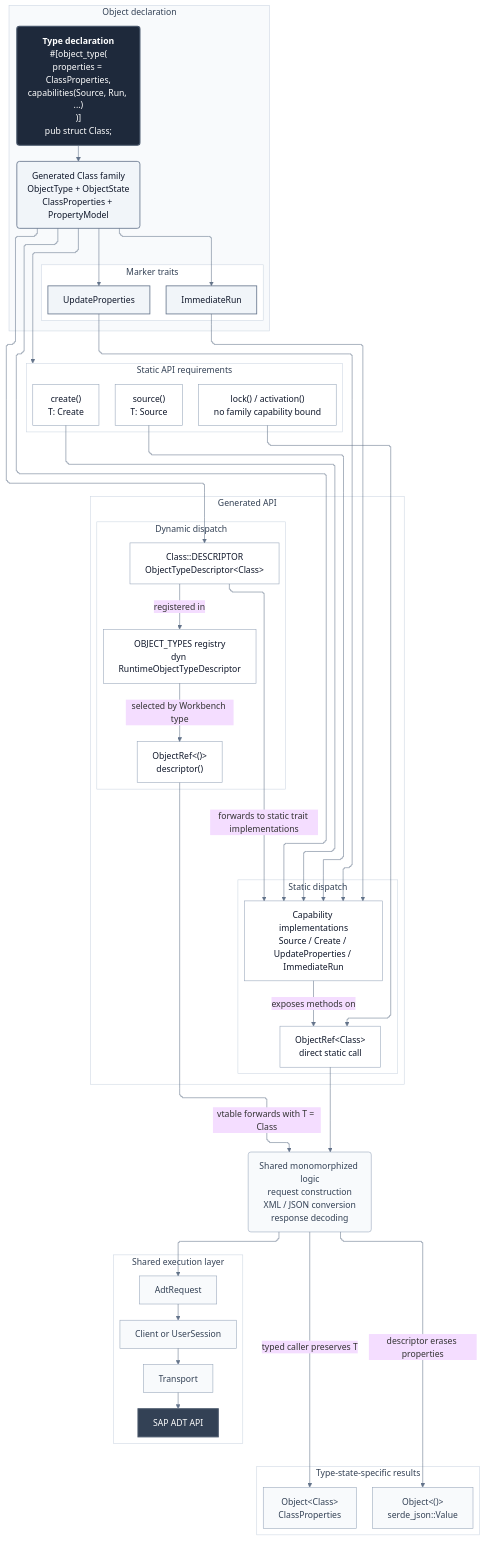
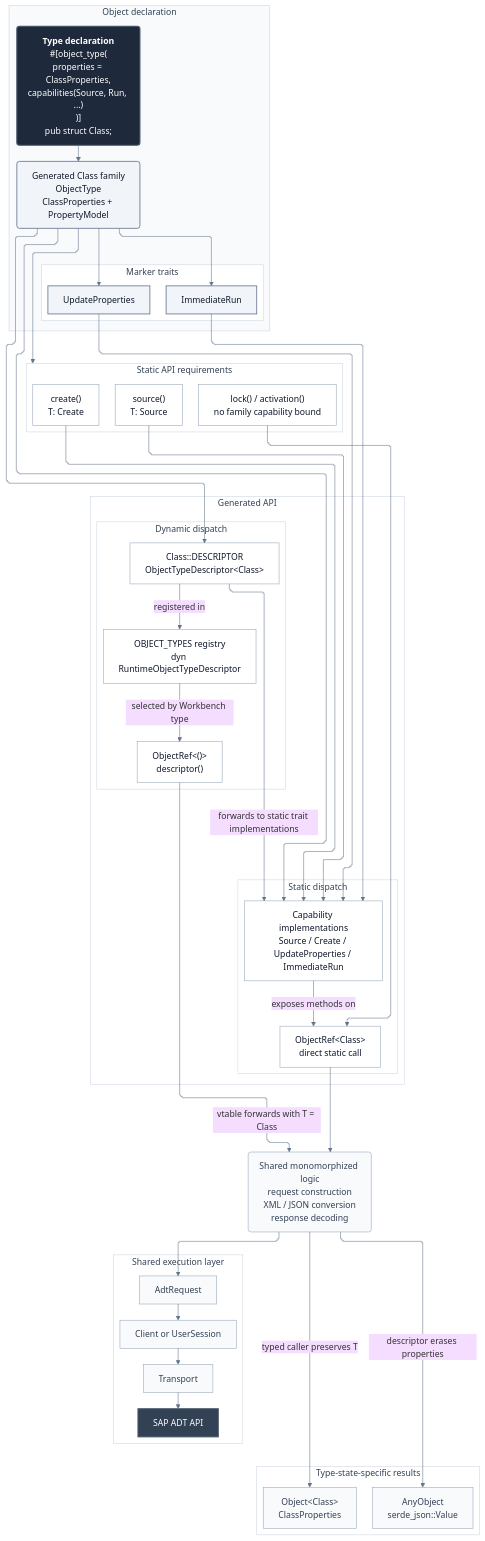
The diagram in crates/zadt/README.md (kennyhml/ziege), drawn with Mermaid before and after one commit. The commit also changed other lines of this file and 20 other files, not shown here.

```diff
--- a/crates/zadt/README.md
+++ b/crates/zadt/README.md
@@ -61,7 +61,7 @@
     subgraph DEFINITION["Object declaration"]
         direction TB
         DECLARATION["<strong>Type declaration</strong><br>#[object_type(<br>properties = ClassProperties,<br>capabilities(Source, Run, ...)<br>)]<br>pub struct Class;"]
-        FAMILY["Generated Class family<br>ObjectType + ObjectState<br>ClassProperties + PropertyModel"]
+        FAMILY["Generated Class family<br>ObjectType<br>ClassProperties + PropertyModel"]
 
         subgraph MARKERS["Marker traits"]
             direction LR
@@ -101,7 +101,7 @@
     subgraph RESULTS["Type-state-specific results"]
         direction LR
         TYPED_OBJECT["Object&lt;Class&gt;<br>ClassProperties"]
-        RUNTIME_OBJECT["Object&lt;()&gt;<br>serde_json::Value"]
+        RUNTIME_OBJECT["AnyObject<br>serde_json::Value"]
     end
 
     subgraph EXECUTION["Shared execution layer"]
```
